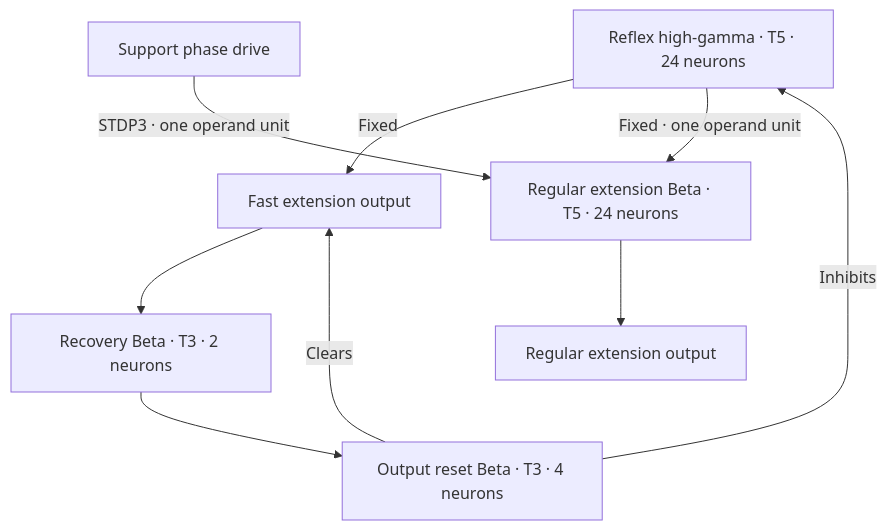
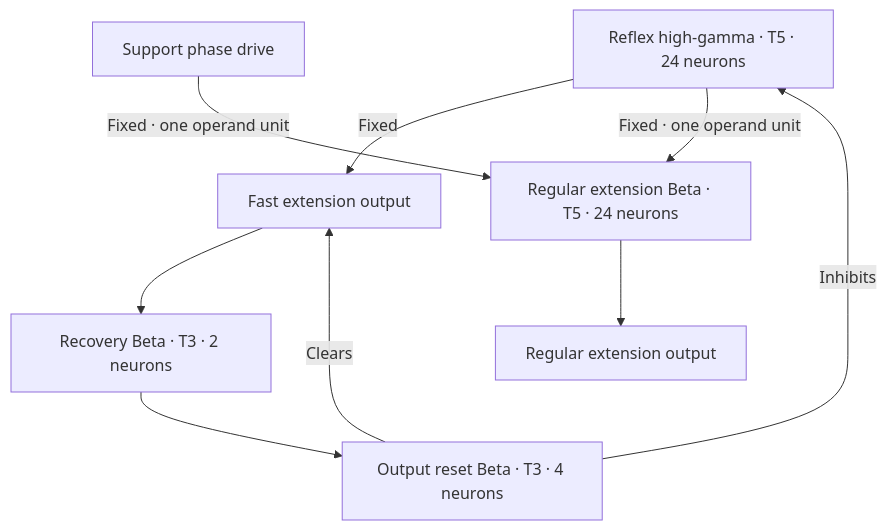
One commit to artificial-brains-inc/primalux-quadruped-walk-neural-loop changed the diagram in docs/REFLEX.md. Above: the diagram before and after it, drawn with Mermaid. The commit also changed other lines of this file and 16 other files, not shown here.

````diff
--- a/docs/REFLEX.md
+++ b/docs/REFLEX.md
@@ -6,11 +6,11 @@
 ```mermaid
 flowchart TD
   H["Reflex high-gamma · T5 · 24 neurons"] -->|Fixed| F["Fast extension output"]
   H -->|Fixed · one operand unit| B["Regular extension Beta · T5 · 24 neurons"]
-  G["Support phase drive"] -->|STDP3 · one operand unit| B
+  G["Support phase drive"] -->|Fixed · one operand unit| B
   B --> O["Regular extension output"]
   F --> C["Recovery Beta · T3 · 2 neurons"]
   C --> R["Output reset Beta · T3 · 4 neurons"]
   R -->|Inhibits| H
   R -->|Clears| F
 ```
````
